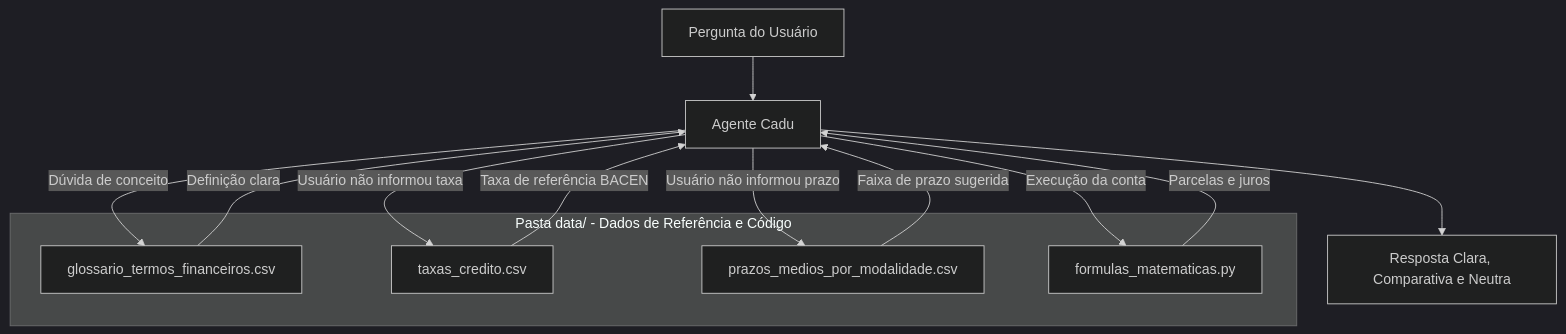
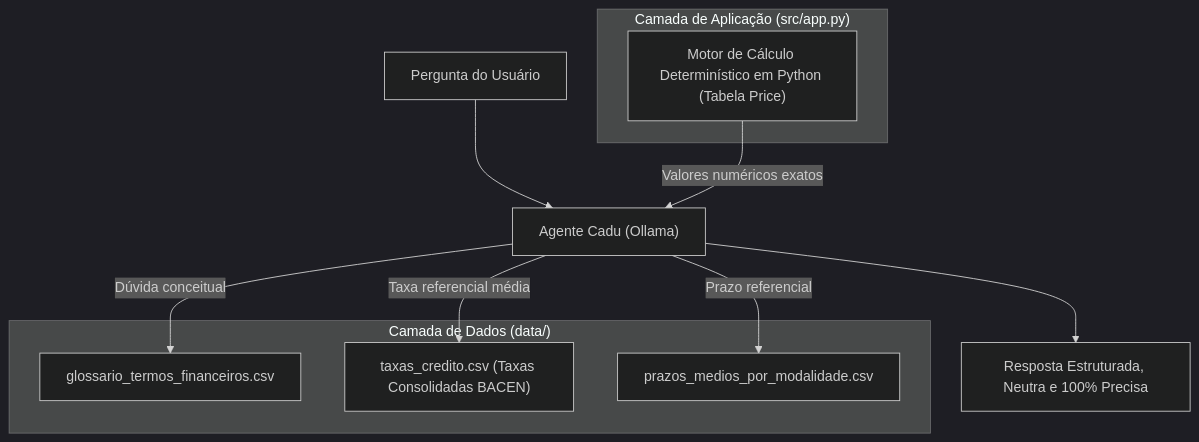
The diagram in docs/02-base-conhecimento.md (amandabernardesdelima/cadu-agente-de-ia-projeto-dio), drawn with Mermaid (dark theme) before and after one commit. The commit also changed other lines of this file, not shown here.

````diff
--- a/docs/02-base-conhecimento.md
+++ b/docs/02-base-conhecimento.md
@@ -27,23 +26,21 @@
 ```mermaid
 flowchart TD
-    User[Pergunta do Usuário] --> Agent[Agente Cadu]
+    User["Pergunta do Usuário"] --> Agent["Agente Cadu (Ollama)"]
     
-    subgraph DataFolder [Pasta data/ - Dados de Referência e Código]
-        G[glossario_termos_financeiros.csv]
-        T[taxas_credito.csv]
-        P[prazos_medios_por_modalidade.csv]
-        M[formulas_matematicas.py]
+    subgraph DataLayer ["Camada de Dados (data/)"]
+        G["glossario_termos_financeiros.csv"]
+        T["taxas_credito.csv (Taxas Consolidadas BACEN)"]
+        P["prazos_medios_por_modalidade.csv"]
     end
     
-    Agent -->|Dúvida de conceito| G
-    Agent -->|Usuário não informou taxa| T
-    Agent -->|Usuário não informou prazo| P
-    Agent -->|Execução da conta| M
+    subgraph AppLayer ["Camada de Aplicação (src/app.py)"]
+        Engine["Motor de Cálculo Determinístico em Python (Tabela Price)"]
+    end
     
-    G -->|Definição clara| Agent
-    T -->|Taxa de referência BACEN| Agent
-    P -->|Faixa de prazo sugerida| Agent
-    M -->|Parcelas e juros| Agent
+    Agent -->|Dúvida conceitual| G
+    Agent -->|Taxa referencial média| T
+    Agent -->|Prazo referencial| P
+    Engine -->|Valores numéricos exatos| Agent
     
-    Agent --> Out[Resposta Clara, Comparativa e Neutra]
+    Agent --> Out["Resposta Estruturada, Neutra e 100% Precisa"]
 ```
````
